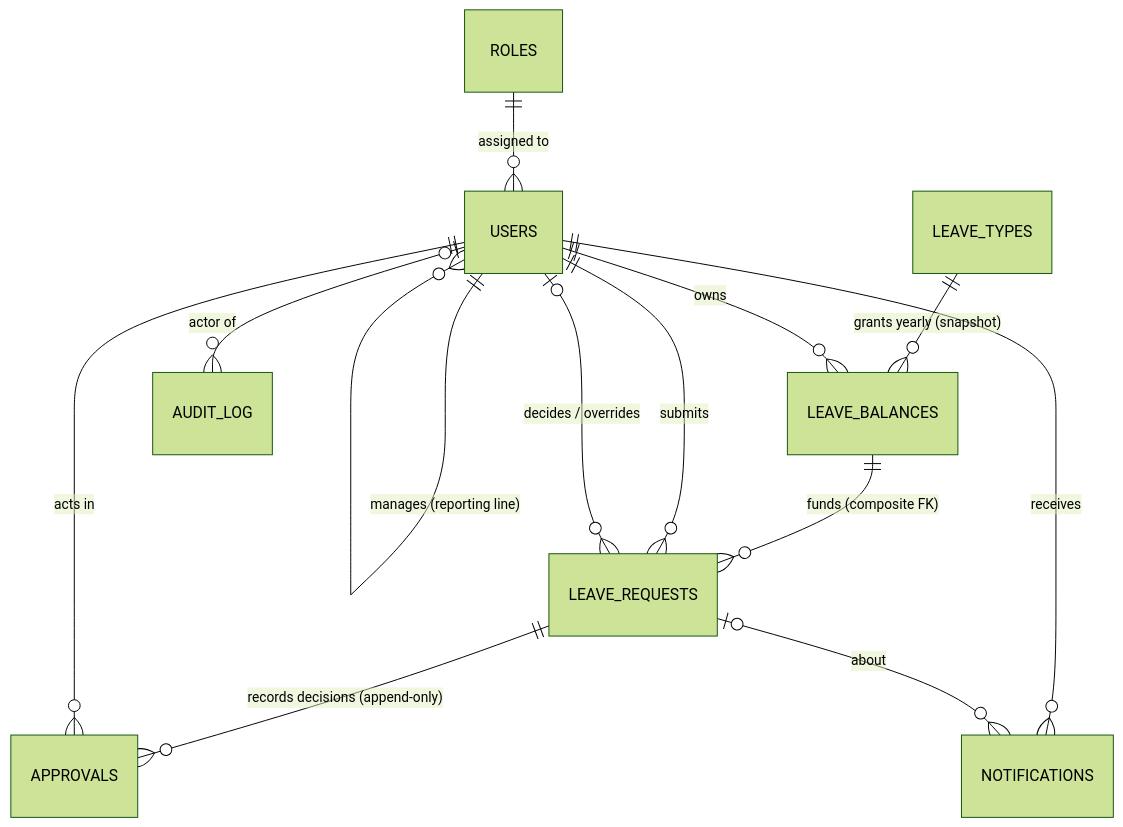
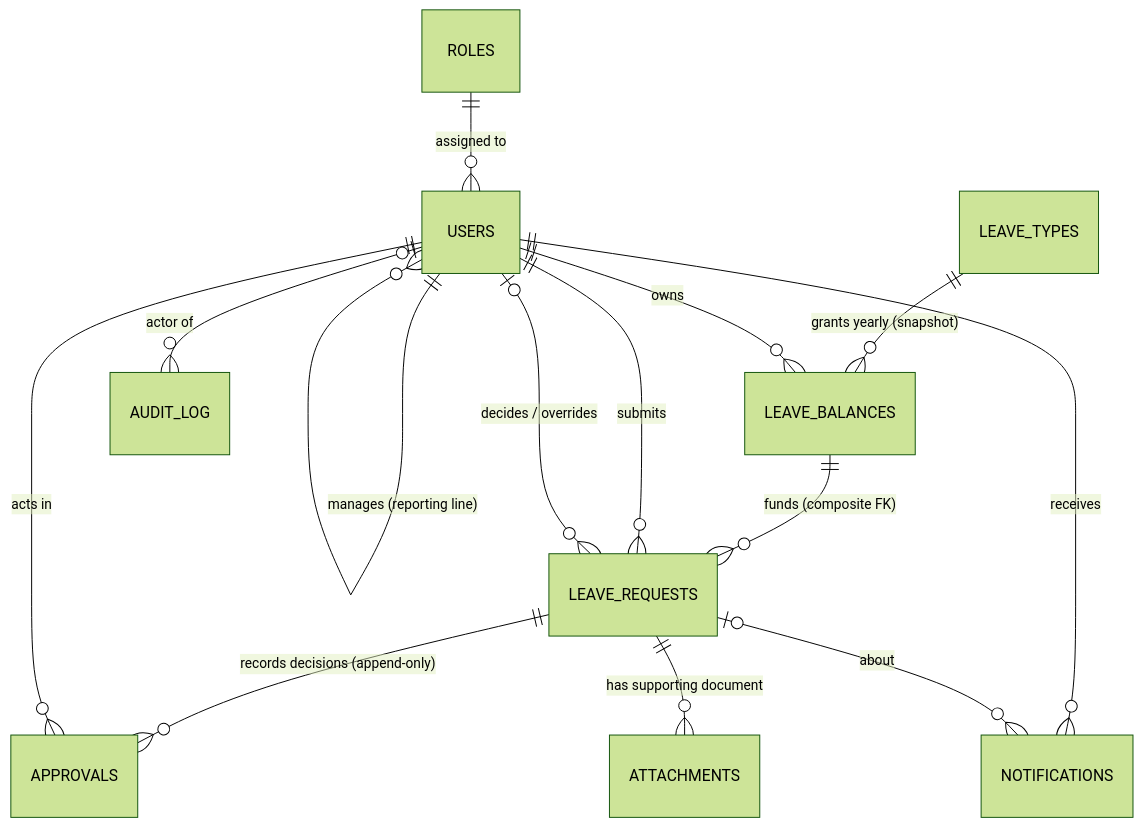
One commit to Wynteriall/leave-system changed the diagram in docs/spec/spec.md. Above: the diagram before and after it, drawn with Mermaid (forest theme). The commit also changed other lines of this file and 7 other files, not shown here.

````diff
--- a/docs/spec/spec.md
+++ b/docs/spec/spec.md
@@ -391,15 +402,16 @@
 ```mermaid
 erDiagram
     ROLES          ||--o{ USERS           : "assigned to"
     USERS          ||--o{ USERS           : "manages (reporting line)"
     LEAVE_TYPES    ||--o{ LEAVE_BALANCES  : "grants yearly (snapshot)"
     USERS          ||--o{ LEAVE_BALANCES  : "owns"
     LEAVE_BALANCES ||--o{ LEAVE_REQUESTS  : "funds (composite FK)"
     USERS          ||--o{ LEAVE_REQUESTS  : "submits"
     USERS          |o--o{ LEAVE_REQUESTS  : "decides / overrides"
     LEAVE_REQUESTS ||--o{ APPROVALS       : "records decisions (append-only)"
     USERS          ||--o{ APPROVALS       : "acts in"
     USERS          |o--o{ AUDIT_LOG       : "actor of"
     USERS          ||--o{ NOTIFICATIONS   : "receives"
     LEAVE_REQUESTS |o--o{ NOTIFICATIONS   : "about"
+    LEAVE_REQUESTS ||--o{ ATTACHMENTS     : "has supporting document"
 ```
````
